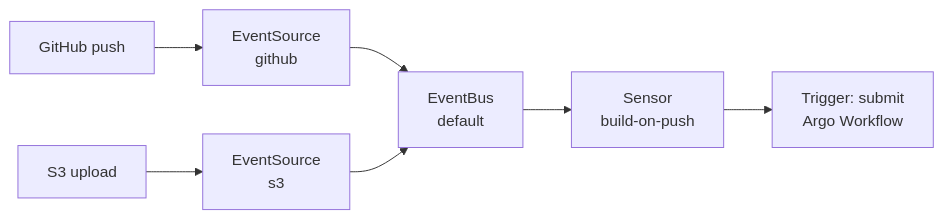
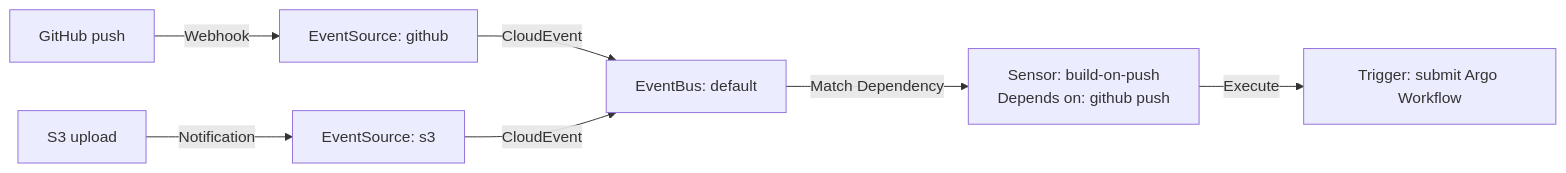
The second of 4 diagrams in src/content/docs/k8s/capa/module-1.2-argo-events.md (krisztiankoos/kubedojo), drawn with Mermaid before and after one commit. The commit also changed other lines of this file, not shown here.

Commit message:
chore(content): write-only draft [k8s/capa/module-1.2-argo-events]

````diff
--- a/src/content/docs/k8s/capa/module-1.2-argo-events.md
+++ b/src/content/docs/k8s/capa/module-1.2-argo-events.md
@@ -175,9 +125,9 @@
 ```mermaid
 flowchart LR
-    GH[GitHub push] --> ES1[EventSource <br/> github]
-    S3[S3 upload] --> ES2[EventSource <br/> s3]
-    ES1 --> EB[EventBus <br/> default]
-    ES2 --> EB
-    EB --> S[Sensor <br/> build-on-push]
-    S --> AW[Trigger: submit <br/> Argo Workflow]
+    GH[GitHub push] -->|Webhook| ES1[EventSource: github]
+    S3[S3 upload] -->|Notification| ES2[EventSource: s3]
+    ES1 -->|CloudEvent| EB[EventBus: default]
+    ES2 -->|CloudEvent| EB
+    EB -->|Match Dependency| SN[Sensor: build-on-push\nDepends on: github push]
+    SN -->|Execute| TR[Trigger: submit Argo Workflow]
 ```
````
